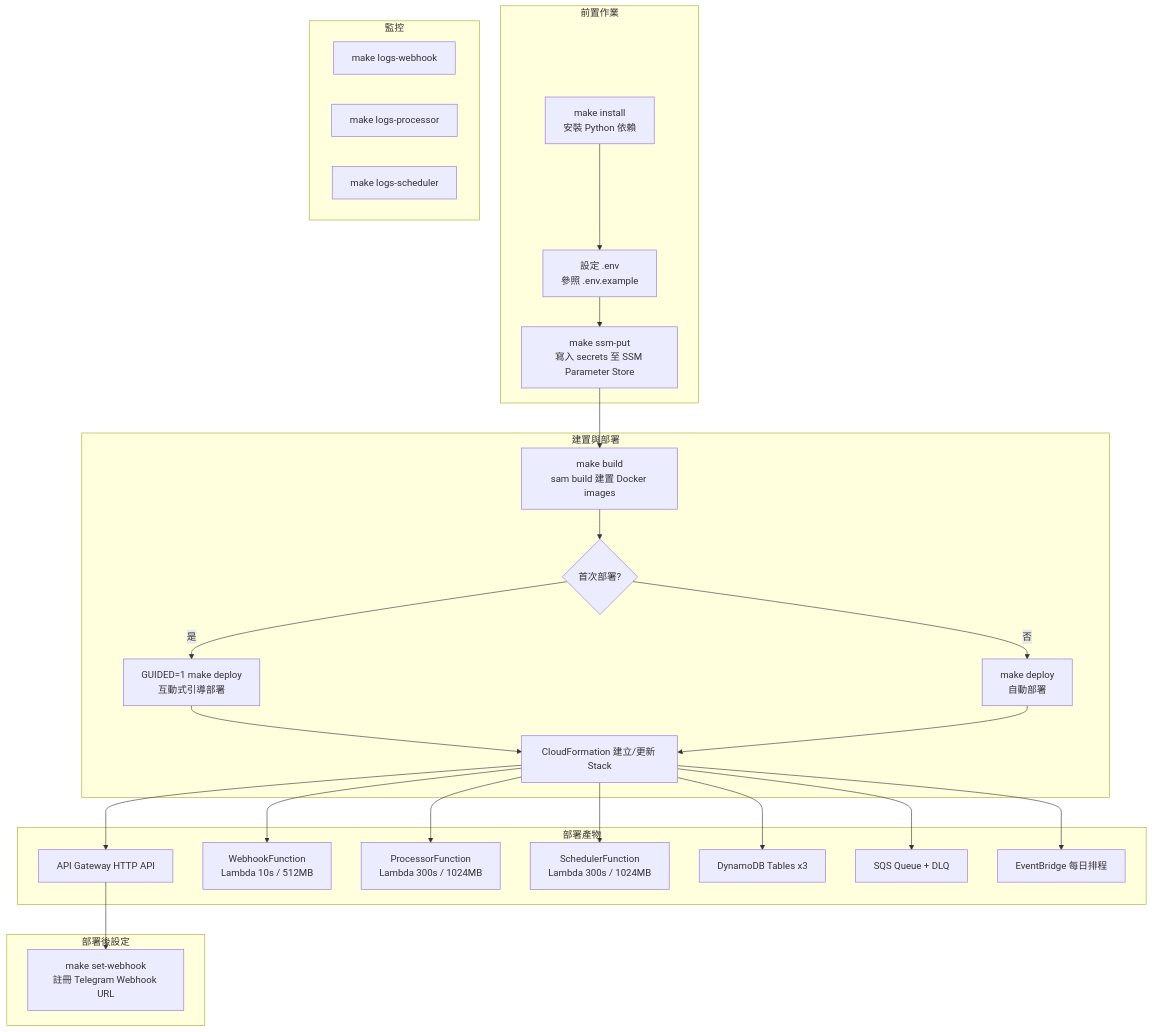
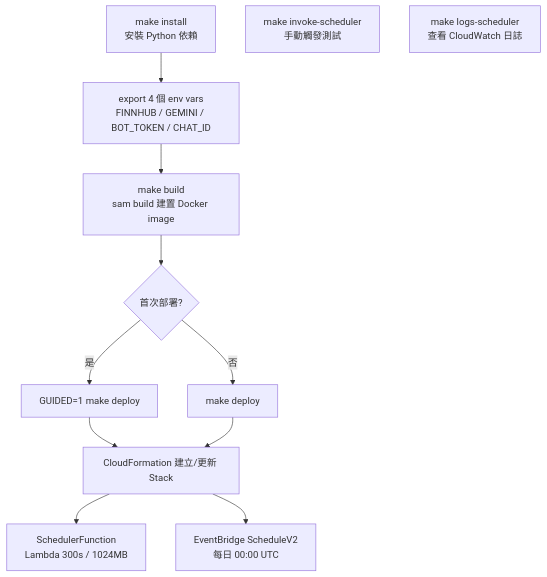
One commit to HarryYehhhh/stock-agent changed the first of 2 diagrams in docs/deployment-flow.md. Above: the diagram before and after it, drawn with Mermaid. The commit also changed other lines of this file and 3 other files, not shown here.

First line of the commit message:
docs: sync README, CLAUDE.md, AGENTS.md, deployment-flow to minimal stack

````diff
--- a/docs/deployment-flow.md
+++ b/docs/deployment-flow.md
@@ -11,36 +11,15 @@
 ```mermaid
 flowchart TD
-    subgraph 前置作業
-        A[make install<br/>安裝 Python 依賴] --> B[設定 .env<br/>參照 .env.example]
-        B --> C[make ssm-put<br/>寫入 secrets 至 SSM Parameter Store]
-    end
+    A[make install<br/>安裝 Python 依賴] --> B[export 4 個 env vars<br/>FINNHUB / GEMINI / BOT_TOKEN / CHAT_ID]
+    B --> C[make build<br/>sam build 建置 Docker image]
+    C --> D{首次部署?}
+    D -- 是 --> E[GUIDED=1 make deploy]
+    D -- 否 --> F[make deploy]
+    E --> G[CloudFormation 建立/更新 Stack]
+    F --> G
+    G --> H[SchedulerFunction<br/>Lambda 300s / 1024MB]
+    G --> I[EventBridge ScheduleV2<br/>每日 00:00 UTC]
 
-    subgraph 建置與部署
-        C --> D[make build<br/>sam build 建置 Docker images]
-        D --> E{首次部署?}
-        E -- 是 --> F[GUIDED=1 make deploy<br/>互動式引導部署]
-        E -- 否 --> G[make deploy<br/>自動部署]
-        F --> H[CloudFormation 建立/更新 Stack]
-        G --> H
-    end
-
-    subgraph 部署產物
-        H --> I[API Gateway HTTP API]
-        H --> J[WebhookFunction<br/>Lambda 10s / 512MB]
-        H --> K[ProcessorFunction<br/>Lambda 300s / 1024MB]
-        H --> L[SchedulerFunction<br/>Lambda 300s / 1024MB]
-        H --> M[DynamoDB Tables x3]
-        H --> N[SQS Queue + DLQ]
-        H --> O[EventBridge 每日排程]
-    end
-
-    subgraph 部署後設定
-        I --> P[make set-webhook<br/>註冊 Telegram Webhook URL]
-    end
-
-    subgraph 監控
-        Q[make logs-webhook]
-        R[make logs-processor]
-        S[make logs-scheduler]
-    end
+    J[make invoke-scheduler<br/>手動觸發測試]
+    K[make logs-scheduler<br/>查看 CloudWatch 日誌]
 ```
````
